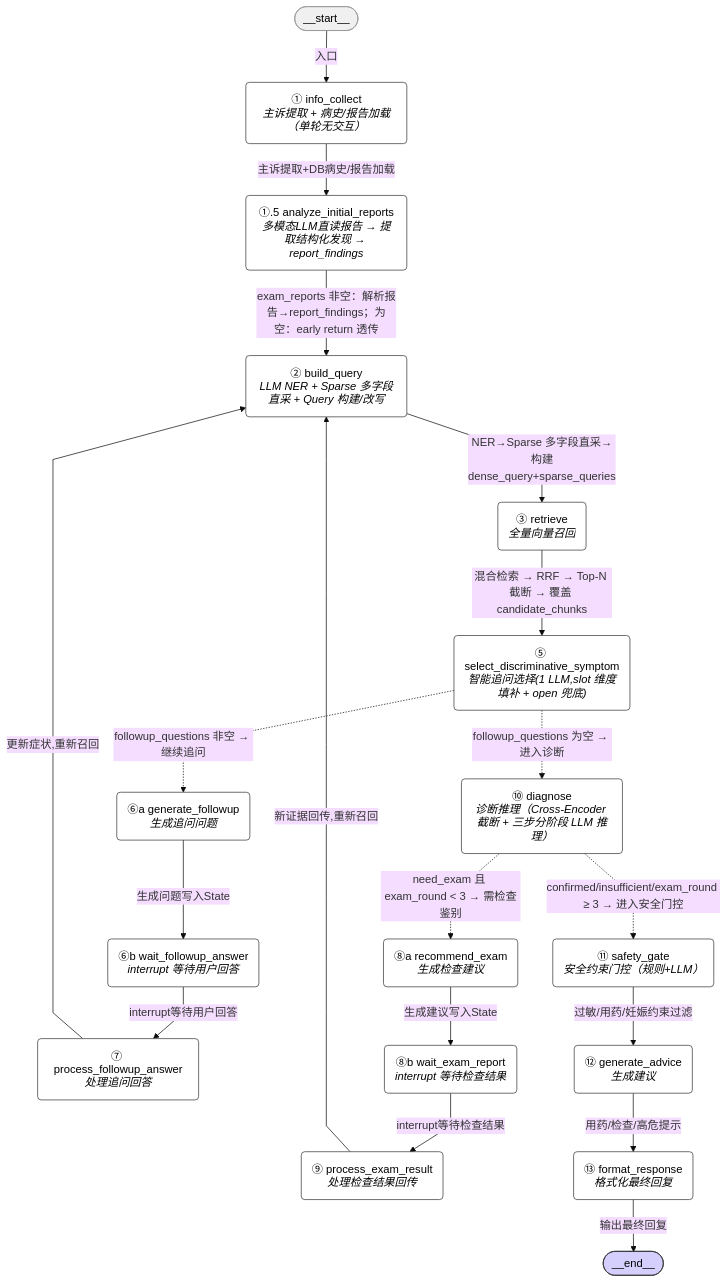
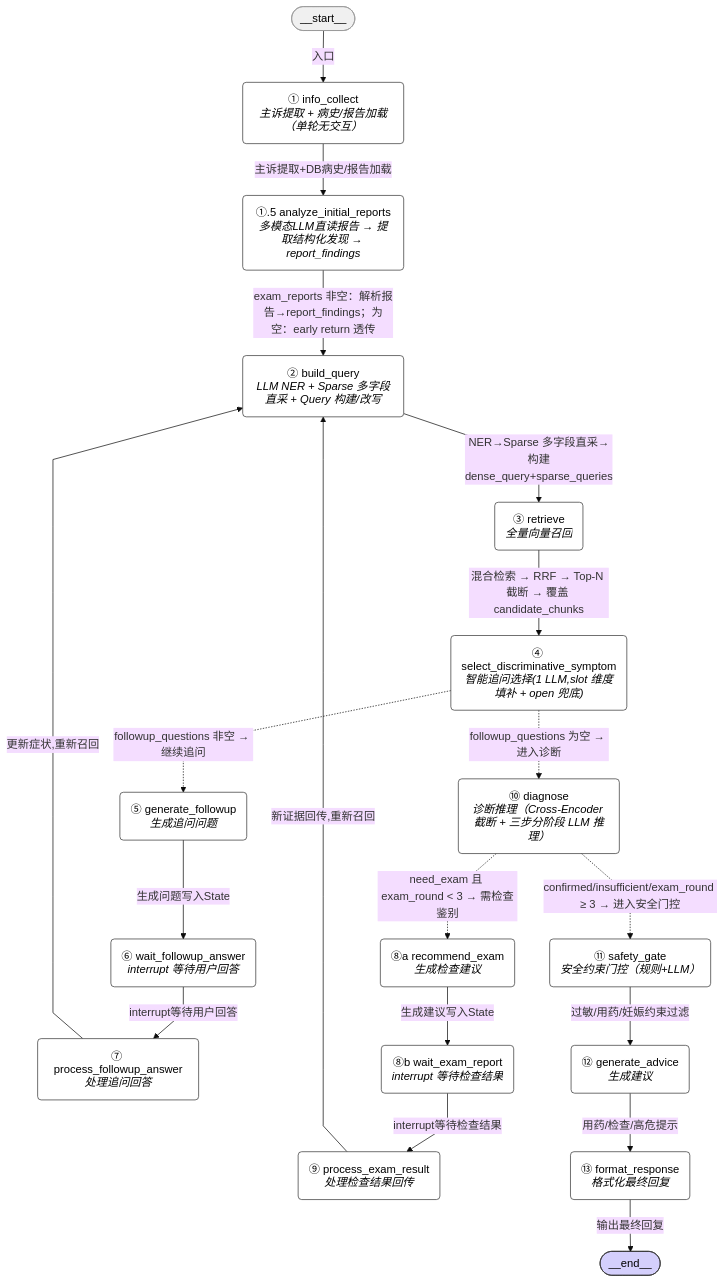
Before and after one commit to Handshakeworm/Agentic-RAG-Diagnose-Assistant: the diagram in .claude/skills/auto-coder/references/04-agent-design.md, drawn with Mermaid (base theme). The commit also changed other lines of this file and 26 other files, not shown here.

````diff
--- a/.claude/skills/auto-coder/references/04-agent-design.md
+++ b/.claude/skills/auto-coder/references/04-agent-design.md
@@ -662,44 +662,44 @@
 ```mermaid
 %%{init: {'flowchart': {'curve': 'linear'}}}%%
 graph TD;
     __start__([__start__]):::first
     N1("① info_collect<br/><i>主诉提取 + 病史/报告加载（单轮无交互）</i>")
     N1b("①.5 analyze_initial_reports<br/><i>多模态LLM直读报告 → 提取结构化发现 → report_findings</i>")
     N2("② build_query<br/><i>LLM NER + Sparse 多字段直采 + Query 构建/改写</i>")
     N3("③ retrieve<br/><i>全量向量召回</i>")
-    N5("⑤ select_discriminative_symptom<br/><i>智能追问选择(1 LLM,slot 维度填补 + open 兜底)</i>")
-    N6("⑥a generate_followup<br/><i>生成追问问题</i>")
-    N6b("⑥b wait_followup_answer<br/><i>interrupt 等待用户回答</i>")
+    N5("④ select_discriminative_symptom<br/><i>智能追问选择(1 LLM,slot 维度填补 + open 兜底)</i>")
+    N6("⑤ generate_followup<br/><i>生成追问问题</i>")
+    N6b("⑥ wait_followup_answer<br/><i>interrupt 等待用户回答</i>")
     N7("⑦ process_followup_answer<br/><i>处理追问回答</i>")
     N8("⑧a recommend_exam<br/><i>生成检查建议</i>")
     N8b("⑧b wait_exam_report<br/><i>interrupt 等待检查结果</i>")
     N9("⑨ process_exam_result<br/><i>处理检查结果回传</i>")
     N10("⑩ diagnose<br/><i>诊断推理（Cross-Encoder 截断 + 三步分阶段 LLM 推理）</i>")
     N11("⑪ safety_gate<br/><i>安全约束门控（规则+LLM）</i>")
     N12("⑫ generate_advice<br/><i>生成建议</i>")
     N13("⑬ format_response<br/><i>格式化最终回复</i>")
     __end__([__end__]):::last
 
     __start__ -->|"入口"| N1;
     N1 -->|"主诉提取+DB病史/报告加载"| N1b;
     N1b -->|"exam_reports 非空：解析报告→report_findings；为空：early return 透传"| N2;
     N2 -->|"NER→Sparse 多字段直采→构建dense_query+sparse_queries"| N3;
     N3 -->|"混合检索 → RRF → Top-N 截断 → 覆盖 candidate_chunks"| N5;
     N5 -.->|"followup_questions 非空 → 继续追问"| N6;
     N5 -.->|"followup_questions 为空 → 进入诊断"| N10;
     N6 -->|"生成问题写入State"| N6b;
     N6b -->|"interrupt等待用户回答"| N7;
     N7 -->|"更新症状,重新召回"| N2;
     N8 -->|"生成建议写入State"| N8b;
     N8b -->|"interrupt等待检查结果"| N9;
     N9 -->|"新证据回传,重新召回"| N2;
     N10 -.->|"need_exam 且 exam_round < 3 → 需检查鉴别"| N8;
     N10 -.->|"confirmed/insufficient/exam_round ≥ 3 → 进入安全门控"| N11;
     N11 -->|"过敏/用药/妊娠约束过滤"| N12;
     N12 -->|"用药/检查/高危提示"| N13;
     N13 -->|"输出最终回复"| __end__;
 
     classDef default fill:#ffffff,stroke:#333,stroke-width:1px,color:#000,line-height:1.2;
     classDef first fill:#f0f0f0,stroke:#999,color:#000;
     classDef last fill:#d4cffc,stroke:#333,color:#000;
 ```
````
